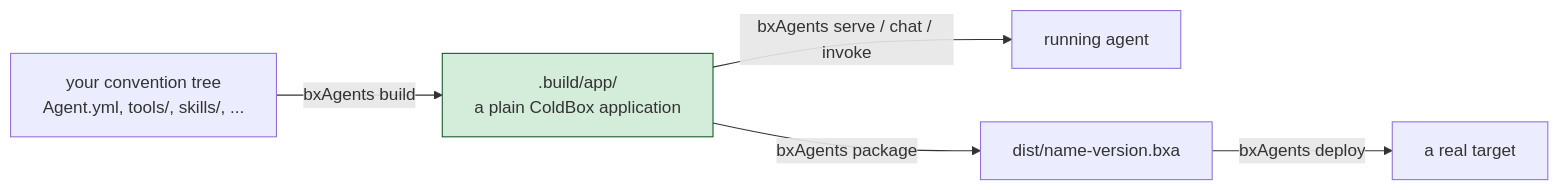
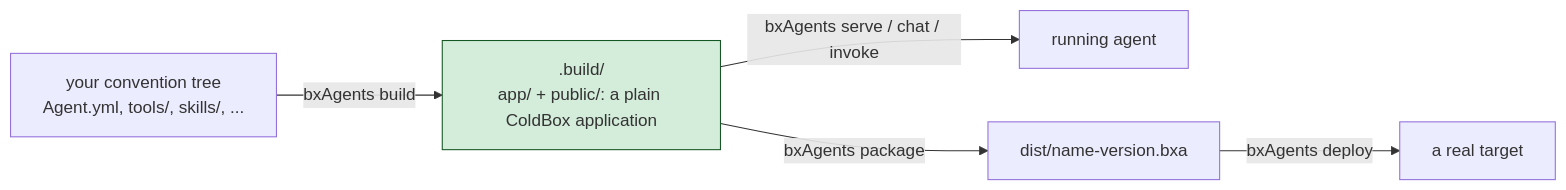
The diagram in course/02-what-is-bxagents.md (ortus-boxlang/bx-agents), drawn with Mermaid before and after one commit. The commit also changed other lines of this file and 247 other files, not shown here.

````diff
--- a/course/02-what-is-bxagents.md
+++ b/course/02-what-is-bxagents.md
@@ -22,9 +23,9 @@
 ```mermaid
 flowchart LR
-    A["your convention tree<br/>Agent.yml, tools/, skills/, ..."] -->|"bxAgents build"| B[".build/app/<br/>a plain ColdBox application"]
+    A["your convention tree<br/>Agent.yml, tools/, skills/, ..."] -->|"bxAgents build"| B[".build/<br/>app/ + public/: a plain ColdBox application"]
     B -->|"bxAgents serve / chat / invoke"| C["running agent"]
     B -->|"bxAgents package"| D["dist/name-version.bxa"]
     D -->|"bxAgents deploy"| E["a real target"]
 
     style B fill:#d4edda,stroke:#155724
 ```
````
